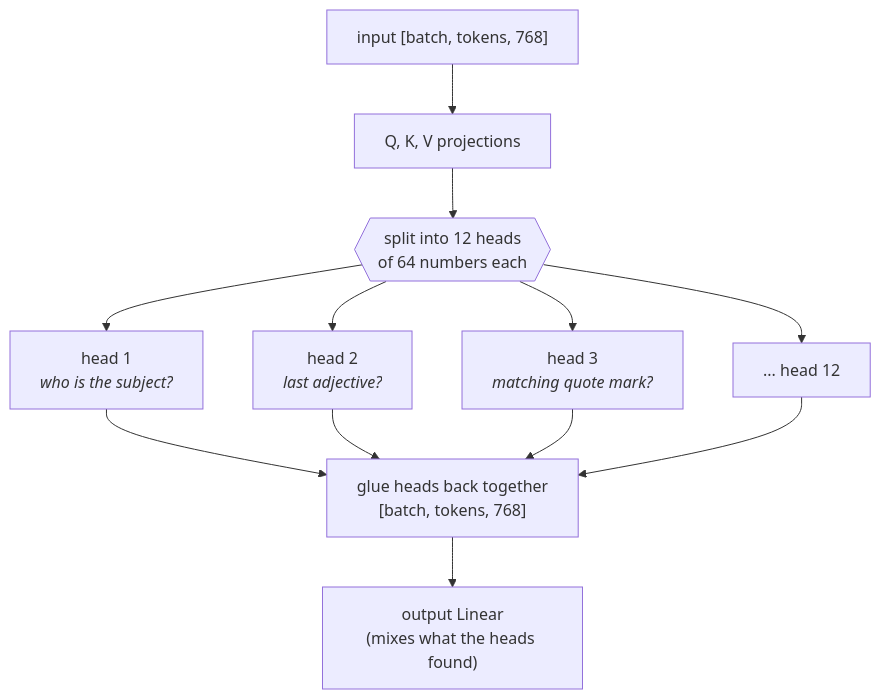
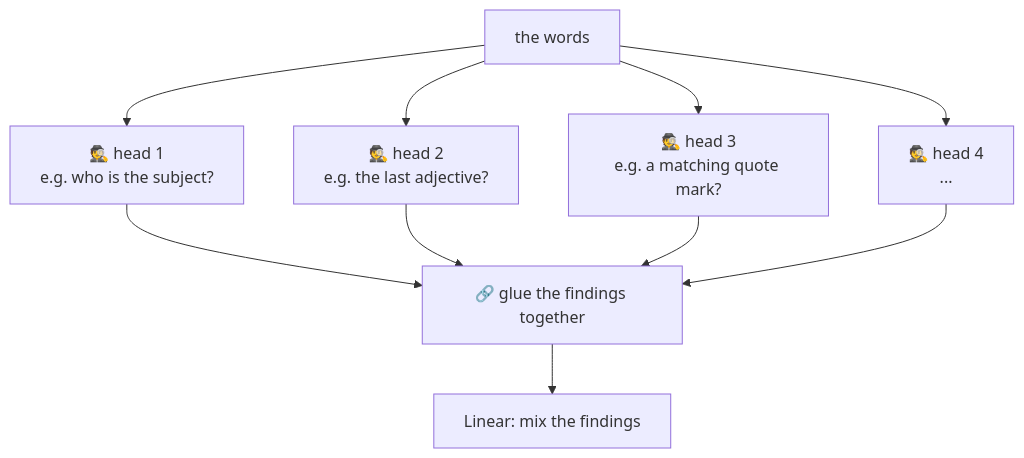
Diagram 12 of 17 in docs/04-attention.md (Ranjeet0611/tinygpt), drawn with Mermaid before and after one commit. The commit also changed other lines of this file and 9 other files, not shown here.

````diff
--- a/docs/04-attention.md
+++ b/docs/04-attention.md
@@ -131,11 +263,9 @@
 ```mermaid
 flowchart TD
-    X["input [batch, tokens, 768]"] --> QKV["Q, K, V projections"]
-    QKV --> SPLIT{{"split into 12 heads<br/>of 64 numbers each"}}
-    SPLIT --> H1["head 1<br/><i>who is the subject?</i>"]
-    SPLIT --> H2["head 2<br/><i>last adjective?</i>"]
-    SPLIT --> H3["head 3<br/><i>matching quote mark?</i>"]
-    SPLIT --> HN["... head 12"]
-    H1 & H2 & H3 & HN --> CAT["glue heads back together<br/>[batch, tokens, 768]"]
-    CAT --> OUT["output Linear<br/>(mixes what the heads found)"]
+    X["the words"] --> H1["🕵️ head 1<br/>e.g. who is the subject?"]
+    X --> H2["🕵️ head 2<br/>e.g. the last adjective?"]
+    X --> H3["🕵️ head 3<br/>e.g. a matching quote mark?"]
+    X --> H4["🕵️ head 4<br/>..."]
+    H1 & H2 & H3 & H4 --> J["🔗 glue the findings together"]
+    J --> O["Linear: mix the findings"]
 ```
````
